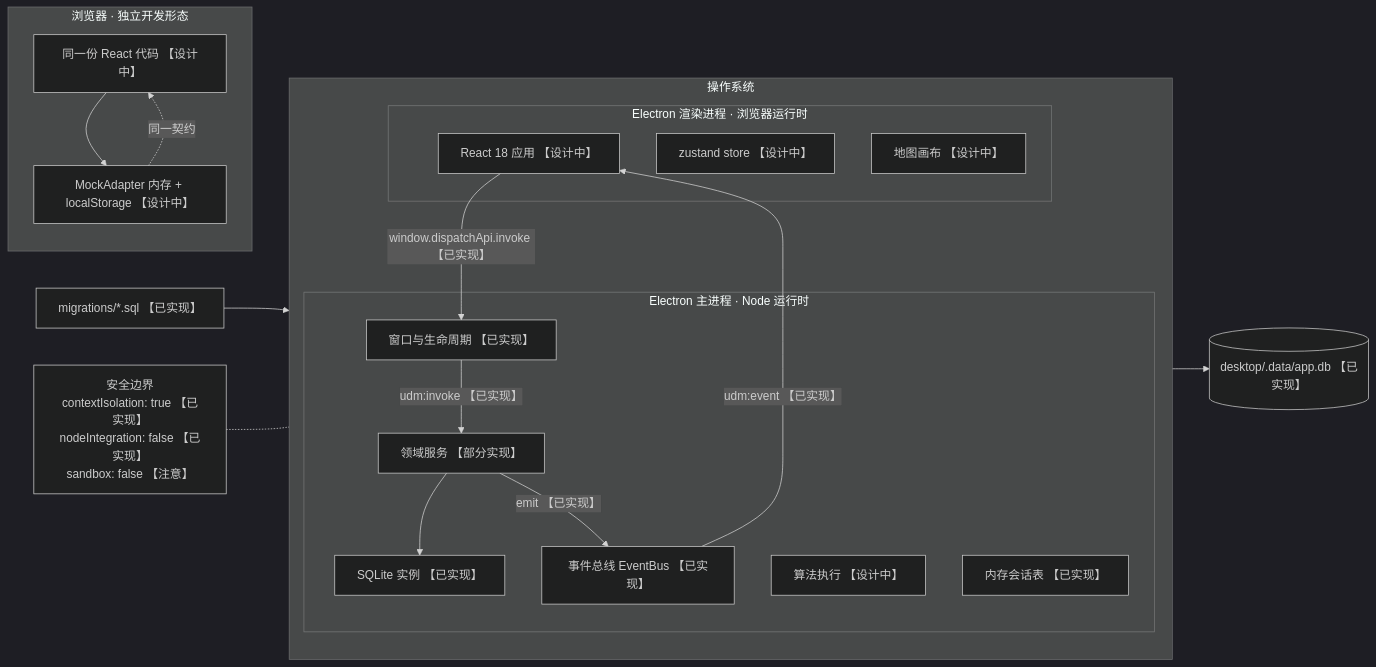
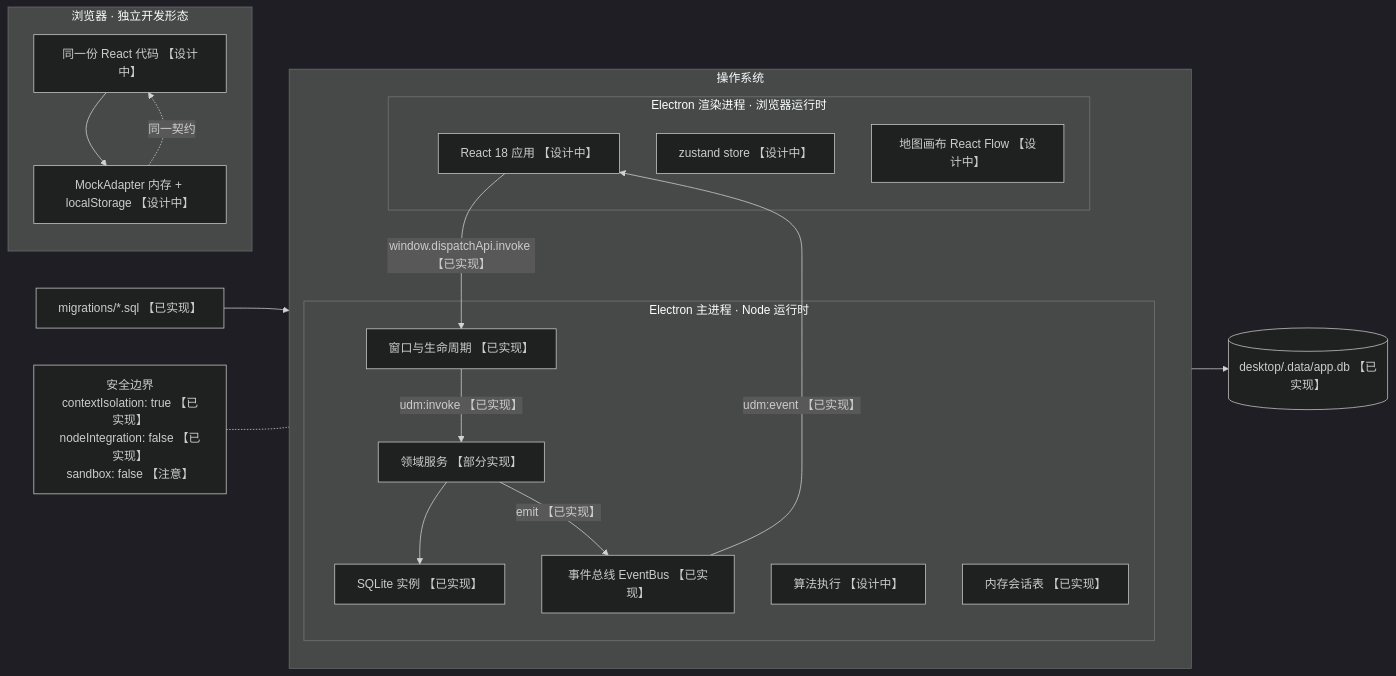
Before and after one commit to sunstflower/831: the second of 23 diagrams in docs/architecture.md, drawn with Mermaid (dark theme). The commit also changed other lines of this file and 7 other files, not shown here.

````diff
--- a/docs/architecture.md
+++ b/docs/architecture.md
@@ -108,40 +108,40 @@
 ```mermaid
 flowchart LR
   subgraph OS["操作系统"]
     direction TB
     subgraph MP["Electron 主进程 · Node 运行时"]
       M1["窗口与生命周期 【已实现】"]
       M2["SQLite 实例 【已实现】"]
       M3["领域服务 【部分实现】"]
       M4["算法执行 【设计中】"]
       M5["内存会话表 【已实现】"]
       M6["事件总线 EventBus 【已实现】"]
     end
     subgraph RP["Electron 渲染进程 · 浏览器运行时"]
       R1["React 18 应用 【设计中】"]
       R2["zustand store 【设计中】"]
-      R3["地图画布 【设计中】"]
+      R3["地图画布 React Flow 【设计中】"]
     end
   end
 
   subgraph BR["浏览器 · 独立开发形态"]
     B1["同一份 React 代码 【设计中】"]
     B2["MockAdapter 内存 + localStorage 【设计中】"]
   end
 
   DB[("desktop/.data/app.db 【已实现】")]
   MIG["migrations/*.sql 【已实现】"]
 
   M2 --> DB
   MIG --> M2
   R1 -->|"window.dispatchApi.invoke 【已实现】"| M1
   M1 -->|"udm:invoke 【已实现】"| M3
   M3 --> M2
   M3 -->|"emit 【已实现】"| M6
   M6 -->|"udm:event 【已实现】"| R1
   B1 --> B2
   B2 -.同一契约.-> B1
 
   SEC["安全边界<br/>contextIsolation: true 【已实现】<br/>nodeIntegration: false 【已实现】<br/>sandbox: false 【注意】"]
   SEC -.- M1
 ```
````
